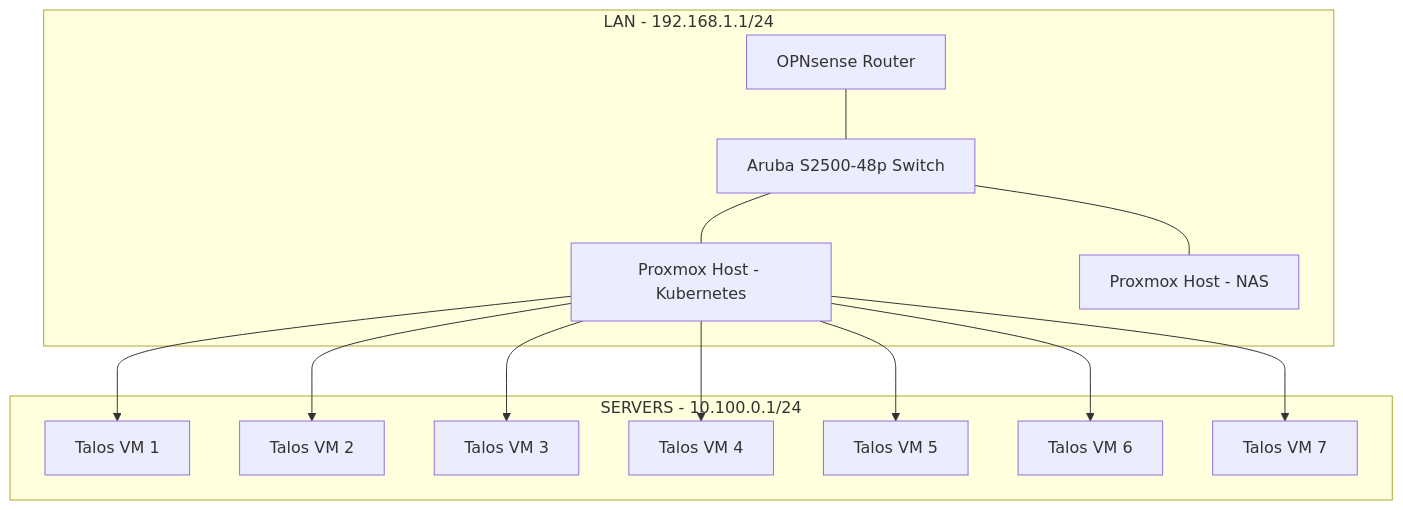
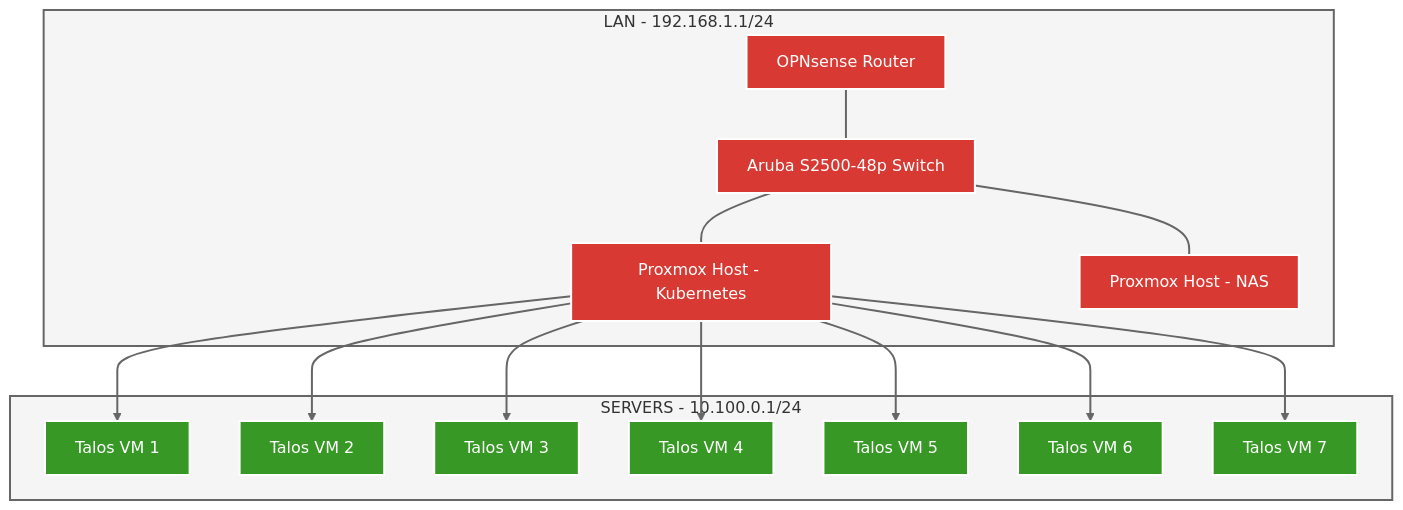
The second of 2 diagrams in README.md (step-security-bot/dapper-cluster), drawn with Mermaid before and after one commit. The commit also changed other lines of this file, not shown here.

Commit message:
feat: styling of readme

````diff
--- a/README.md
+++ b/README.md
@@ -108,31 +123,45 @@
 ```mermaid
 graph TD
+    %% Styling
+    classDef network fill:#2f73d8,stroke:#fff,stroke-width:2px,color:#fff
+    classDef hardware fill:#d83933,stroke:#fff,stroke-width:2px,color:#fff
+    classDef vm fill:#389826,stroke:#fff,stroke-width:2px,color:#fff
+
     subgraph LAN [LAN - 192.168.1.1/24]
-        OPN[OPNsense Router]
-        SW[Aruba S2500-48p Switch]
-        PH1[Proxmox Host - Kubernetes]
-        PH2[Proxmox Host - NAS]
+        OPN[OPNsense Router]:::hardware
+        SW[Aruba S2500-48p Switch]:::hardware
+        PH1[Proxmox Host - Kubernetes]:::hardware
+        PH2[Proxmox Host - NAS]:::hardware
     end
 
     subgraph VLAN100 [SERVERS - 10.100.0.1/24]
-        K8S1[Talos VM 1]
-        K8S2[Talos VM 2]
-        K8S3[Talos VM 3]
-        K8S4[Talos VM 4]
-        K8S5[Talos VM 5]
-        K8S6[Talos VM 6]
-        K8S7[Talos VM 7]
+        K8S1[Talos VM 1]:::vm
+        K8S2[Talos VM 2]:::vm
+        K8S3[Talos VM 3]:::vm
+        K8S4[Talos VM 4]:::vm
+        K8S5[Talos VM 5]:::vm
+        K8S6[Talos VM 6]:::vm
+        K8S7[Talos VM 7]:::vm
     end
 
+    %% Network connections with styled edges
     OPN --- SW
     SW --- PH1
     SW --- PH2
 
+    %% VM connections with styled edges
     PH1 --> K8S1
     PH1 --> K8S2
     PH1 --> K8S3
     PH1 --> K8S4
     PH1 --> K8S5
     PH1 --> K8S6
     PH1 --> K8S7
+
+    %% Subgraph styling
+    style LAN fill:#f5f5f5,stroke:#666,stroke-width:2px
+    style VLAN100 fill:#f5f5f5,stroke:#666,stroke-width:2px
+
+    %% Link styling
+    linkStyle default stroke:#666,stroke-width:2px
 ```
````
